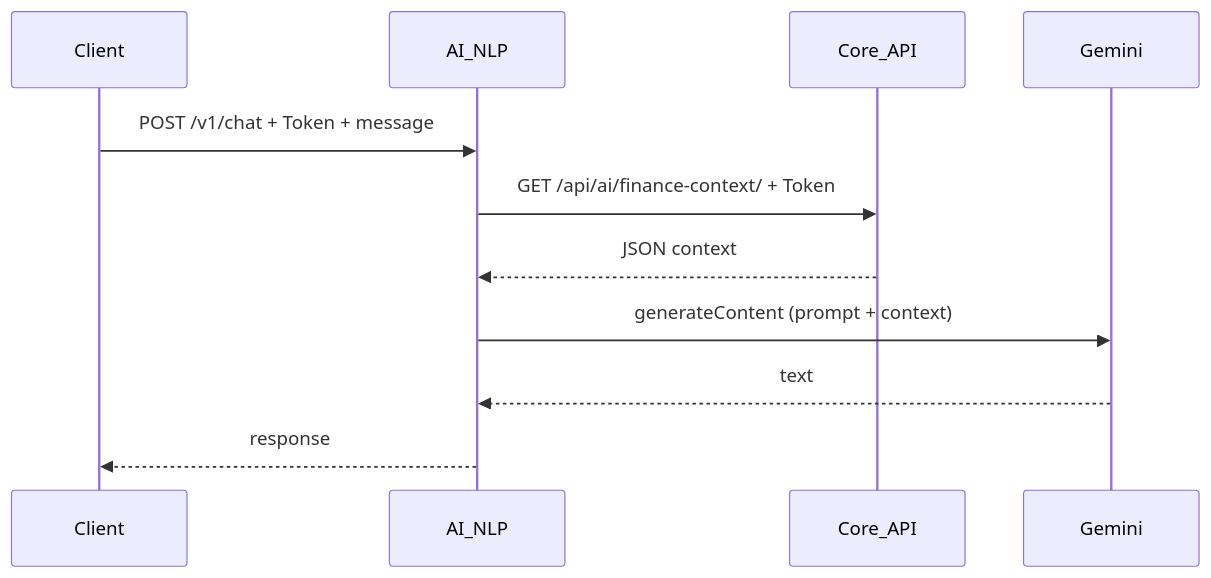
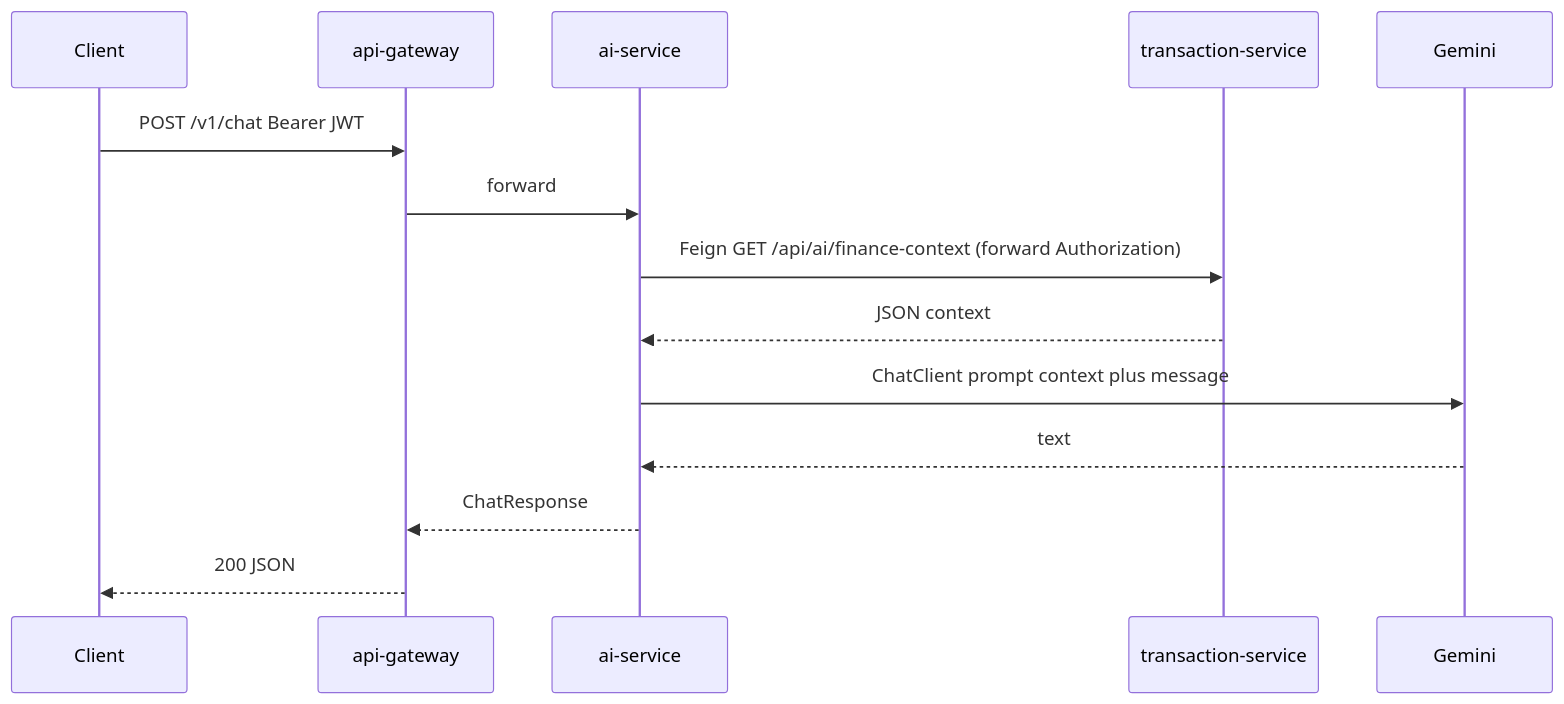
The second of 3 diagrams in finance-microservices/.claude/rules/system-design.md (haolor/Django-Finance-Manager), drawn with Mermaid before and after one commit. The commit also changed other lines of this file and 184 other files, not shown here.

First line of the commit message:
feat: implement transaction service with categories and transactions management

````diff
--- a/finance-microservices/.claude/rules/system-design.md
+++ b/finance-microservices/.claude/rules/system-design.md
@@ -62,13 +82,16 @@
 ```mermaid
 sequenceDiagram
   participant C as Client
-  participant AI as AI_NLP
-  participant Core as Core_API
+  participant GW as api-gateway
+  participant AI as ai-service
+  participant TX as transaction-service
   participant G as Gemini
-  C->>AI: POST /v1/chat + Token + message
-  AI->>Core: GET /api/ai/finance-context/ + Token
-  Core-->>AI: JSON context
-  AI->>G: generateContent (prompt + context)
+  C->>GW: POST /v1/chat Bearer JWT
+  GW->>AI: forward
+  AI->>TX: Feign GET /api/ai/finance-context (forward Authorization)
+  TX-->>AI: JSON context
+  AI->>G: ChatClient prompt context plus message
   G-->>AI: text
-  AI-->>C: response
+  AI-->>GW: ChatResponse
+  GW-->>C: 200 JSON
 ```
````
